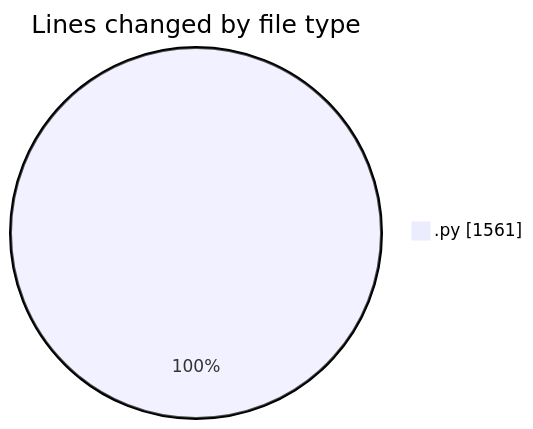
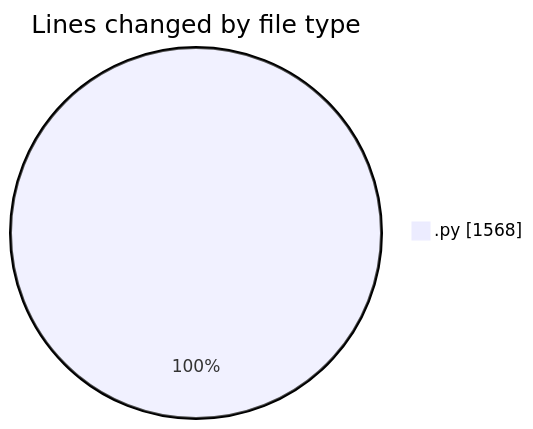
The first of 2 diagrams in 2025-10-21/eventscop-api-guide__workspace_/README.md (julien-gomy/code-tracking), drawn with Mermaid before and after one commit. The commit also changed other lines of this file and 1 other file, not shown here.

````diff
--- a/2025-10-21/eventscop-api-guide__workspace_/README.md
+++ b/2025-10-21/eventscop-api-guide__workspace_/README.md
@@ -24,5 +24,5 @@
 ```mermaid
 pie showData
 title Lines changed by file type
-".py" : 1561
+".py" : 1568
 ```
````
